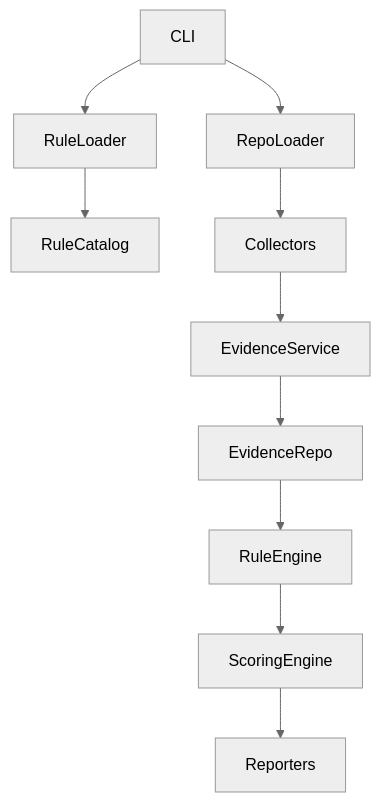
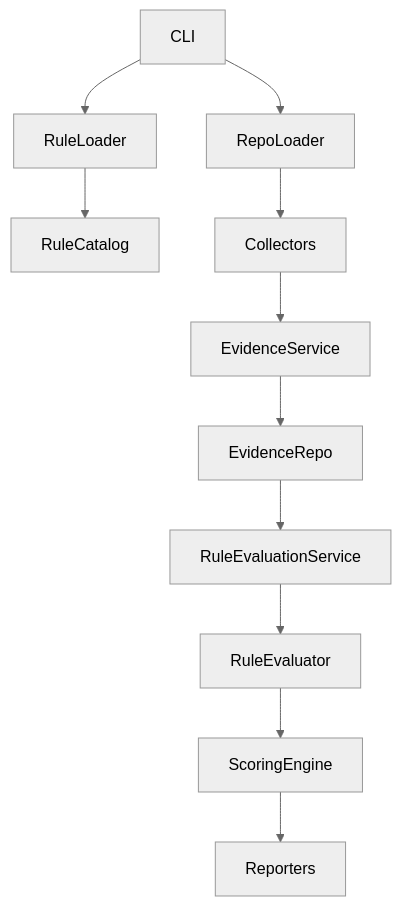
Before and after one commit to deepikasidana89/enterprise-ai-engineering-framework: the diagram in docs/architecture.md, drawn with Mermaid (neutral theme). The commit also changed other lines of this file and 29 other files, not shown here.

Commit message:
feat: implement Phase 5 readiness scoring engine

````diff
--- a/docs/architecture.md
+++ b/docs/architecture.md
@@ -28,12 +29,13 @@
 ```mermaid
 flowchart TD
   CLI --> RepoLoader
   CLI --> RuleLoader
   RuleLoader --> RuleCatalog
   RepoLoader --> Collectors
   Collectors --> EvidenceService
   EvidenceService --> EvidenceRepo
-  EvidenceRepo --> RuleEngine
-  RuleEngine --> ScoringEngine
+  EvidenceRepo --> RuleEvaluationService
+  RuleEvaluationService --> RuleEvaluator
+  RuleEvaluator --> ScoringEngine
   ScoringEngine --> Reporters
 ```
````
